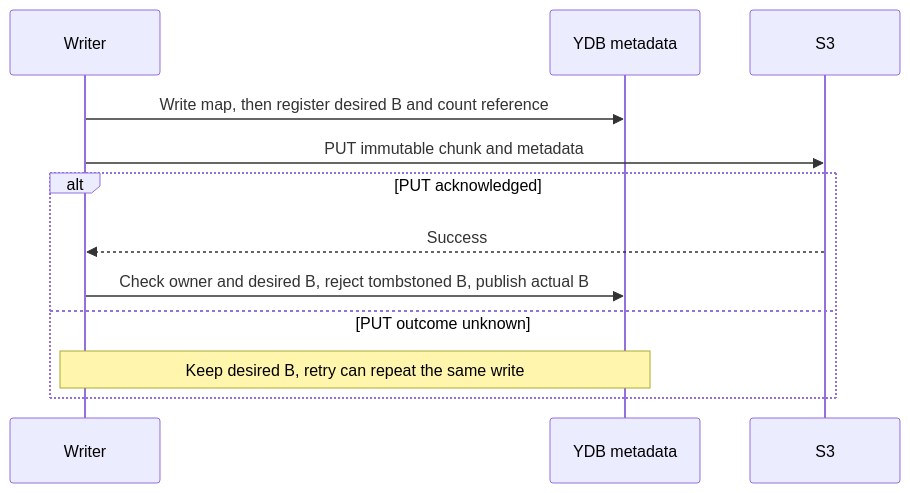
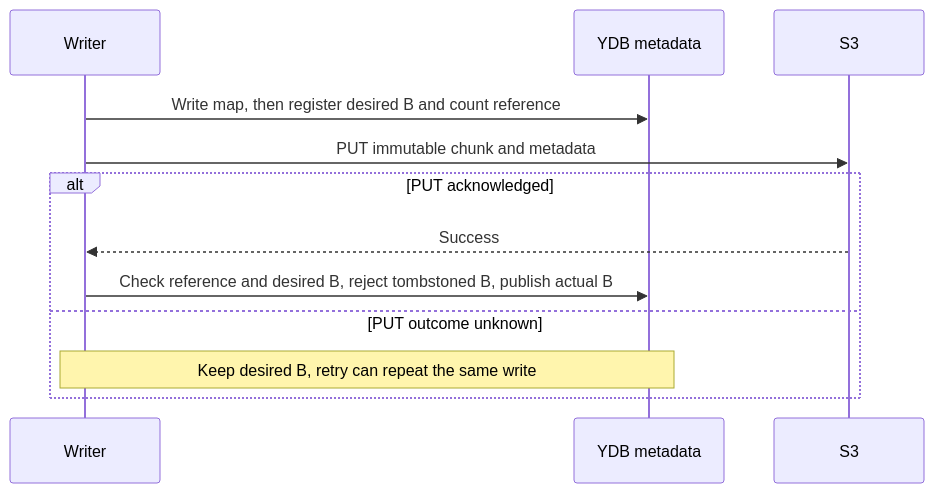
The third of 10 diagrams in doc/disk_manager/chunk_storage/design_doc.md (ydb-platform/nbs), drawn with Mermaid before and after one commit. The commit also changed other lines of this file, not shown here.

````diff
--- a/doc/disk_manager/chunk_storage/design_doc.md
+++ b/doc/disk_manager/chunk_storage/design_doc.md
@@ -137,14 +139,14 @@
 ```mermaid
 sequenceDiagram
     participant Writer
     participant DB as YDB metadata
     participant S3
     Writer->>DB: Write map, then register desired B and count reference
     Writer->>S3: PUT immutable chunk and metadata
     alt PUT acknowledged
         S3-->>Writer: Success
-        Writer->>DB: Check owner and desired B, reject tombstoned B, publish actual B
+        Writer->>DB: Check reference and desired B, reject tombstoned B, publish actual B
     else PUT outcome unknown
         Note over Writer,DB: Keep desired B, retry can repeat the same write
     end
 ```
````
